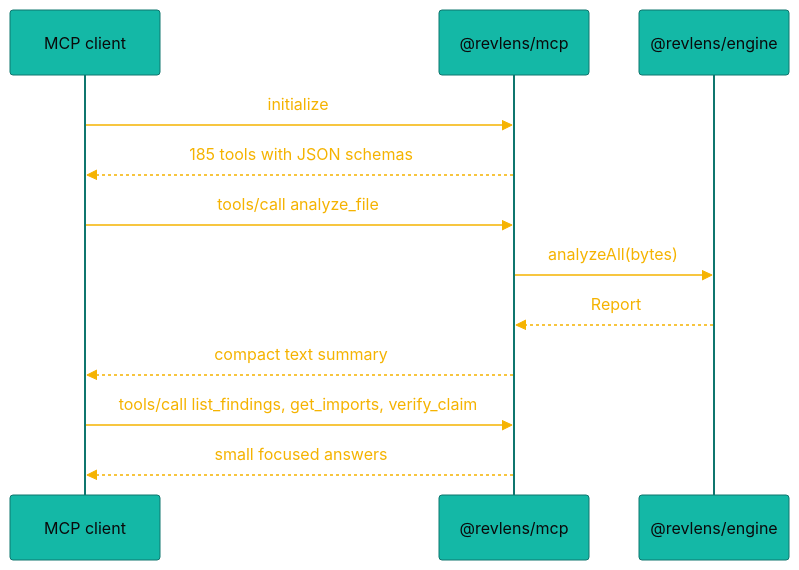
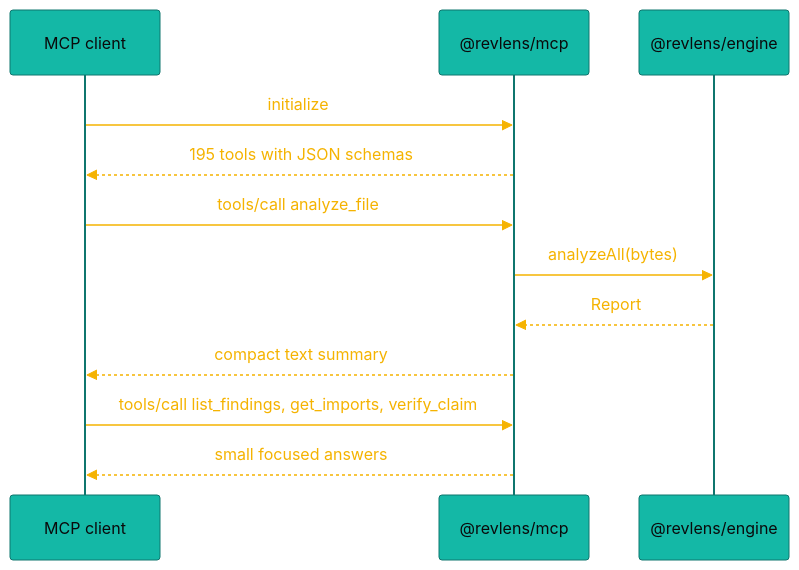
One commit to aniruddhaadak80/re changed the third of 3 diagrams in docs/architecture.md. Above: the diagram before and after it, drawn with Mermaid. The commit also changed other lines of this file and 8 other files, not shown here.

````diff
--- a/docs/architecture.md
+++ b/docs/architecture.md
@@ -147,15 +147,15 @@
 ```mermaid
 %%{init: {"theme": "base", "themeVariables": {"primaryColor": "#14B8A6", "primaryTextColor": "#0A0A0B", "primaryBorderColor": "#0F766E", "lineColor": "#F5B301", "actorBkg": "#14B8A6", "actorTextColor": "#0A0A0B", "signalColor": "#F5B301", "signalTextColor": "#F5B301", "noteBkgColor": "#FFD166", "noteTextColor": "#0A0A0B"}}}%%
 sequenceDiagram
   participant C as MCP client
   participant S as @revlens/mcp
   participant K as @revlens/engine
   C->>S: initialize
-  S-->>C: 185 tools with JSON schemas
+  S-->>C: 195 tools with JSON schemas
   C->>S: tools/call analyze_file
   S->>K: analyzeAll(bytes)
   K-->>S: Report
   S-->>C: compact text summary
   C->>S: tools/call list_findings, get_imports, verify_claim
   S-->>C: small focused answers
 ```
````
